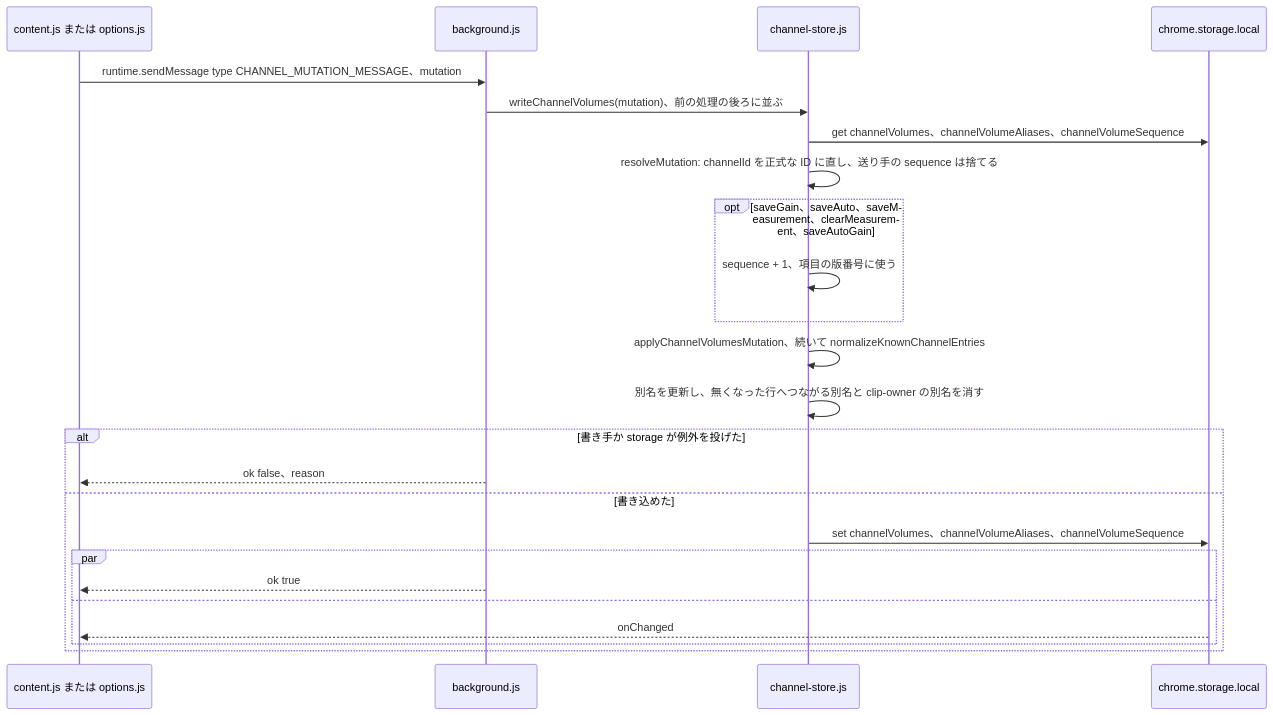
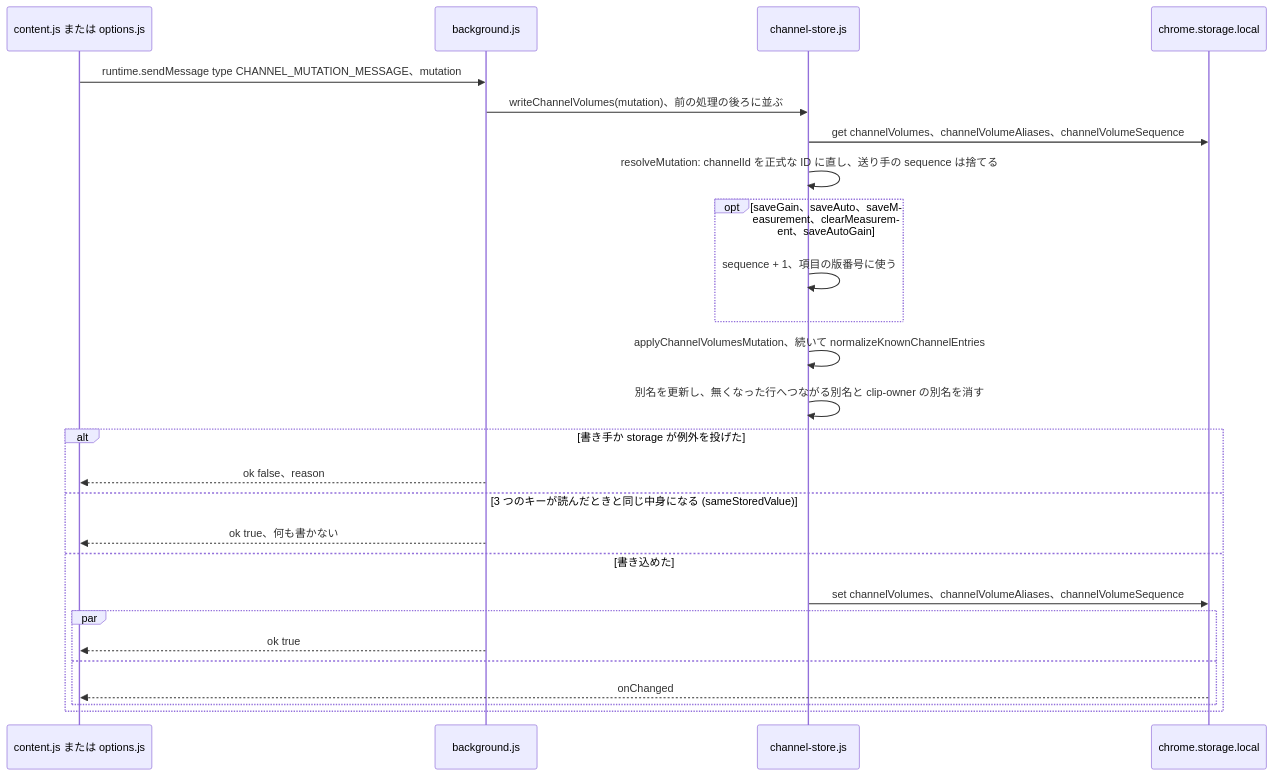
One commit to semnil/twitch-channel-volume changed the second of 17 diagrams in docs/gain-change-and-save.ja.md. Above: the diagram before and after it, drawn with Mermaid. The commit also changed other lines of this file and 5 other files, not shown here.

````diff
--- a/docs/gain-change-and-save.ja.md
+++ b/docs/gain-change-and-save.ja.md
@@ -93,26 +93,28 @@
 ```mermaid
 sequenceDiagram
   participant sender as content.js または options.js
   participant sw as background.js
   participant store as channel-store.js
   participant storage as chrome.storage.local
   sender->>sw: runtime.sendMessage type CHANNEL_MUTATION_MESSAGE、mutation
   sw->>store: writeChannelVolumes(mutation)、前の処理の後ろに並ぶ
   store->>storage: get channelVolumes、channelVolumeAliases、channelVolumeSequence
   store->>store: resolveMutation: channelId を正式な ID に直し、送り手の sequence は捨てる
   opt saveGain、saveAuto、saveMeasurement、clearMeasurement、saveAutoGain
     store->>store: sequence + 1、項目の版番号に使う
   end
   store->>store: applyChannelVolumesMutation、続いて normalizeKnownChannelEntries
   store->>store: 別名を更新し、無くなった行へつながる別名と clip-owner の別名を消す
   alt 書き手か storage が例外を投げた
     sw-->>sender: ok false、reason
+  else 3 つのキーが読んだときと同じ中身になる (sameStoredValue)
+    sw-->>sender: ok true、何も書かない
   else 書き込めた
     store->>storage: set channelVolumes、channelVolumeAliases、channelVolumeSequence
     par
       sw-->>sender: ok true
     and
       storage-->>sender: onChanged
     end
   end
 ```
````
